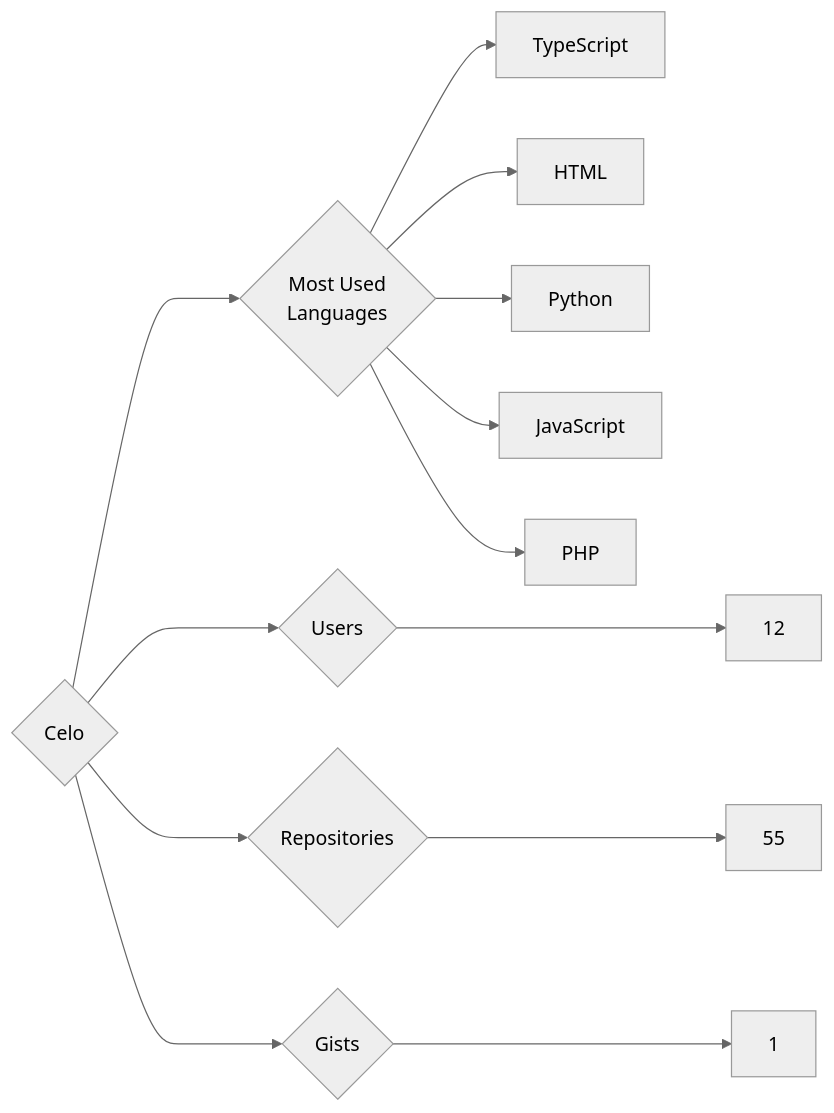
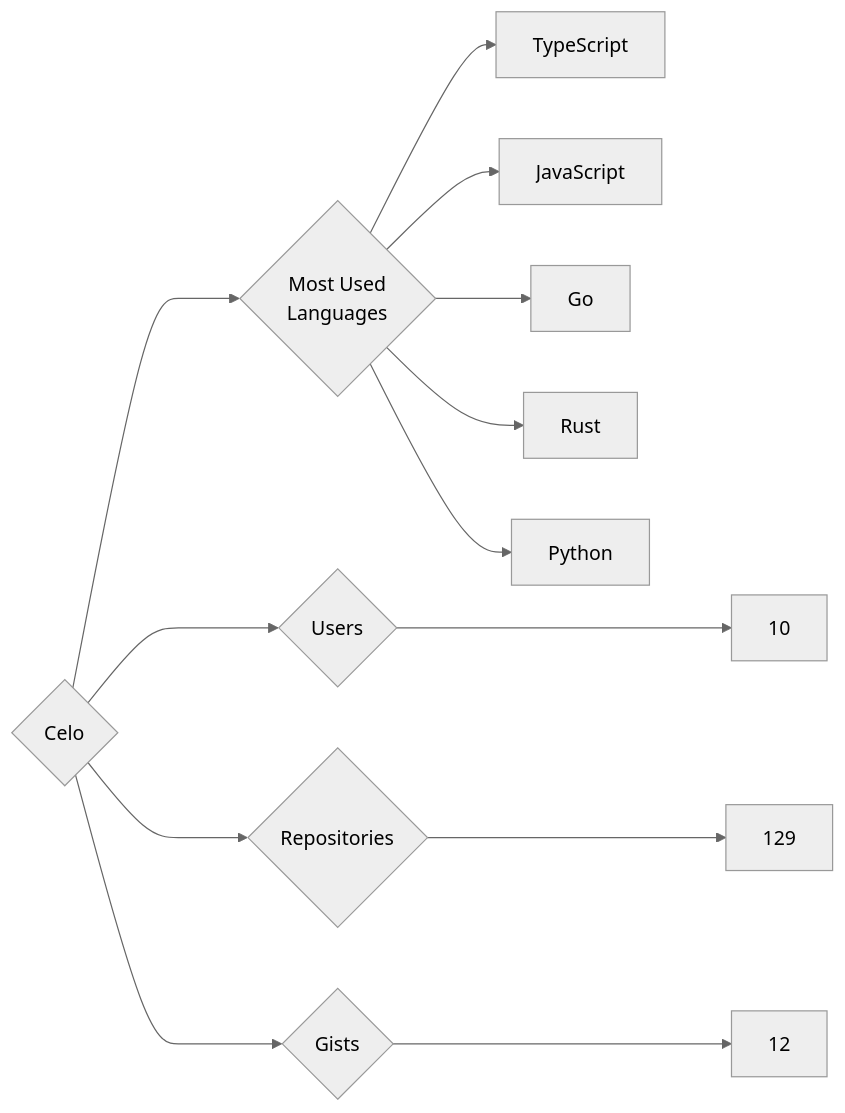
Before and after one commit to trickest/insiders: the diagram in targets/Celo/README.md, drawn with Mermaid (neutral theme). The commit also changed 676 other files, not shown here.

````diff
--- a/targets/Celo/README.md
+++ b/targets/Celo/README.md
@@ -3,13 +3,13 @@
 ```mermaid
 graph LR
 COMPANY_NAME{Celo}
-COMPANY_NAME ---> U{Users} ---> UN[12]
-COMPANY_NAME ---> R{Repositories} ---> RN[55]
-COMPANY_NAME ---> G{Gists} ---> GN[1]
+COMPANY_NAME ---> U{Users} ---> UN[10]
+COMPANY_NAME ---> R{Repositories} ---> RN[129]
+COMPANY_NAME ---> G{Gists} ---> GN[12]
 COMPANY_NAME ---> ML{Most Used<br>Languages}
 ML --> TypeScript[TypeScript]
-ML --> HTML[HTML]
+ML --> JavaScript[JavaScript]
+ML --> Go[Go]
+ML --> Rust[Rust]
 ML --> Python[Python]
-ML --> JavaScript[JavaScript]
-ML --> PHP[PHP]
 ```
````
